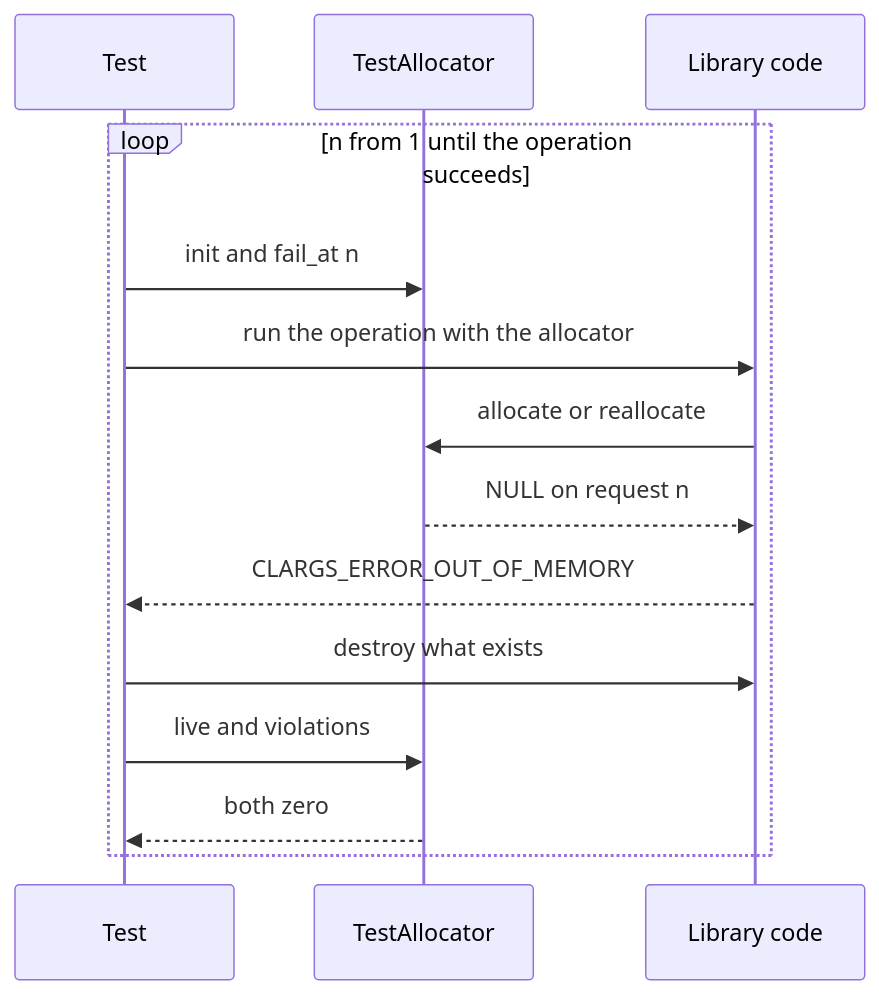
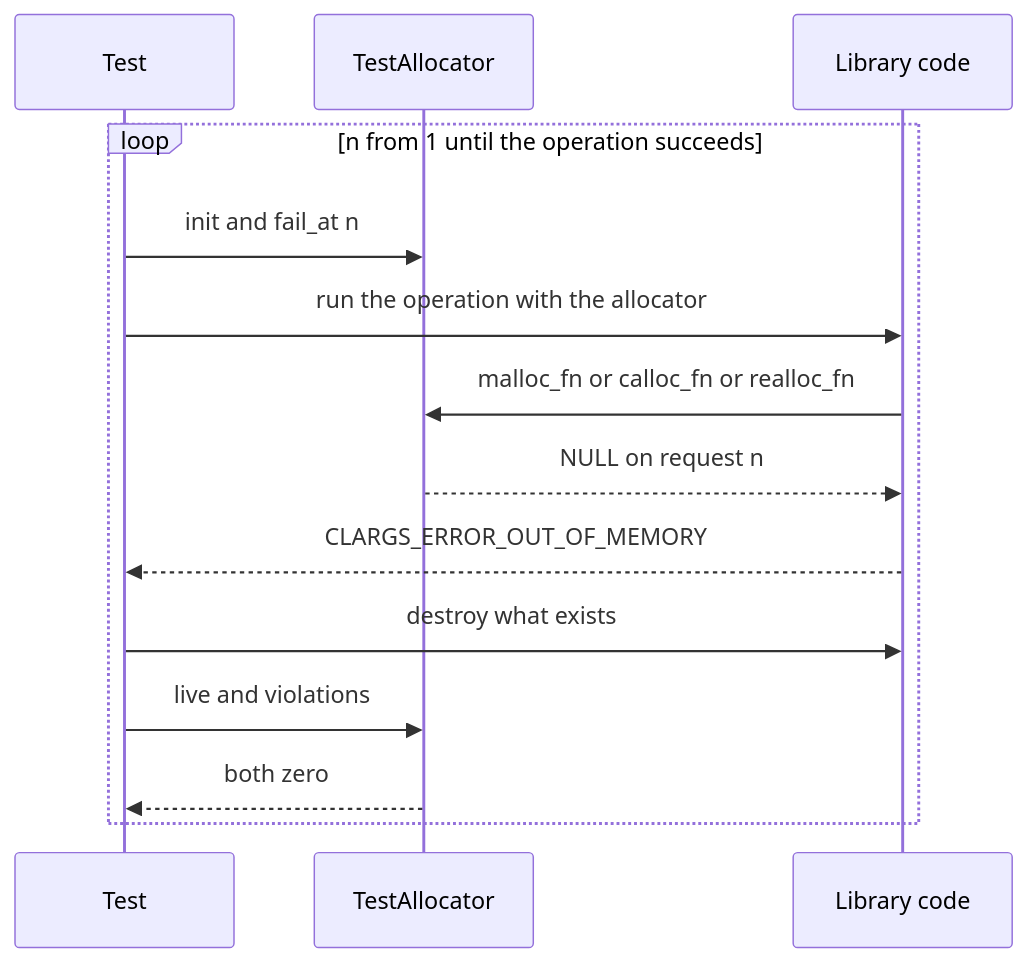
Before and after one commit to ktdevx/cargs: the second of 2 diagrams in .kiro/specs/core-runtime/design.md, drawn with Mermaid. The commit also changed other lines of this file and 3 other files, not shown here.

````diff
--- a/.kiro/specs/core-runtime/design.md
+++ b/.kiro/specs/core-runtime/design.md
@@ -176,16 +181,16 @@
 ```mermaid
 sequenceDiagram
     participant Test
     participant TA as TestAllocator
     participant Lib as Library code
     loop n from 1 until the operation succeeds
         Test->>TA: init and fail_at n
         Test->>Lib: run the operation with the allocator
-        Lib->>TA: allocate or reallocate
+        Lib->>TA: malloc_fn or calloc_fn or realloc_fn
         TA-->>Lib: NULL on request n
         Lib-->>Test: CLARGS_ERROR_OUT_OF_MEMORY
         Test->>Lib: destroy what exists
         Test->>TA: live and violations
         TA-->>Test: both zero
     end
 ```
````
